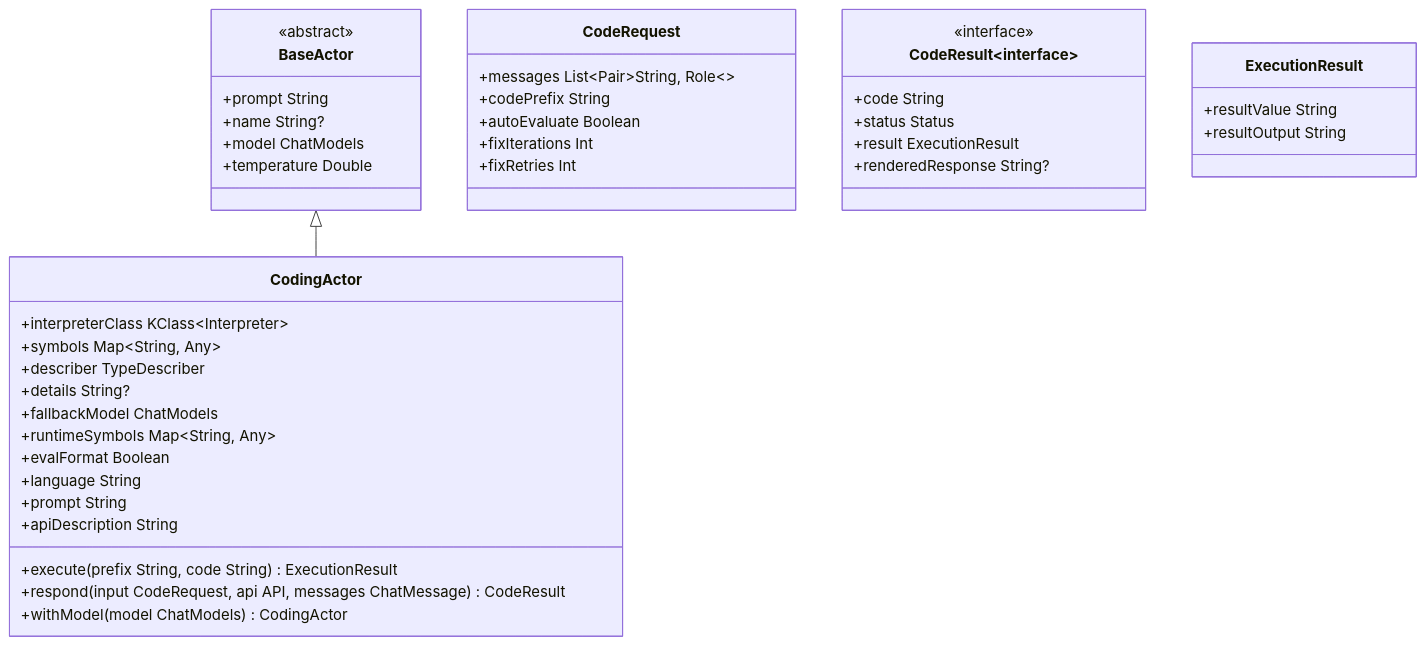
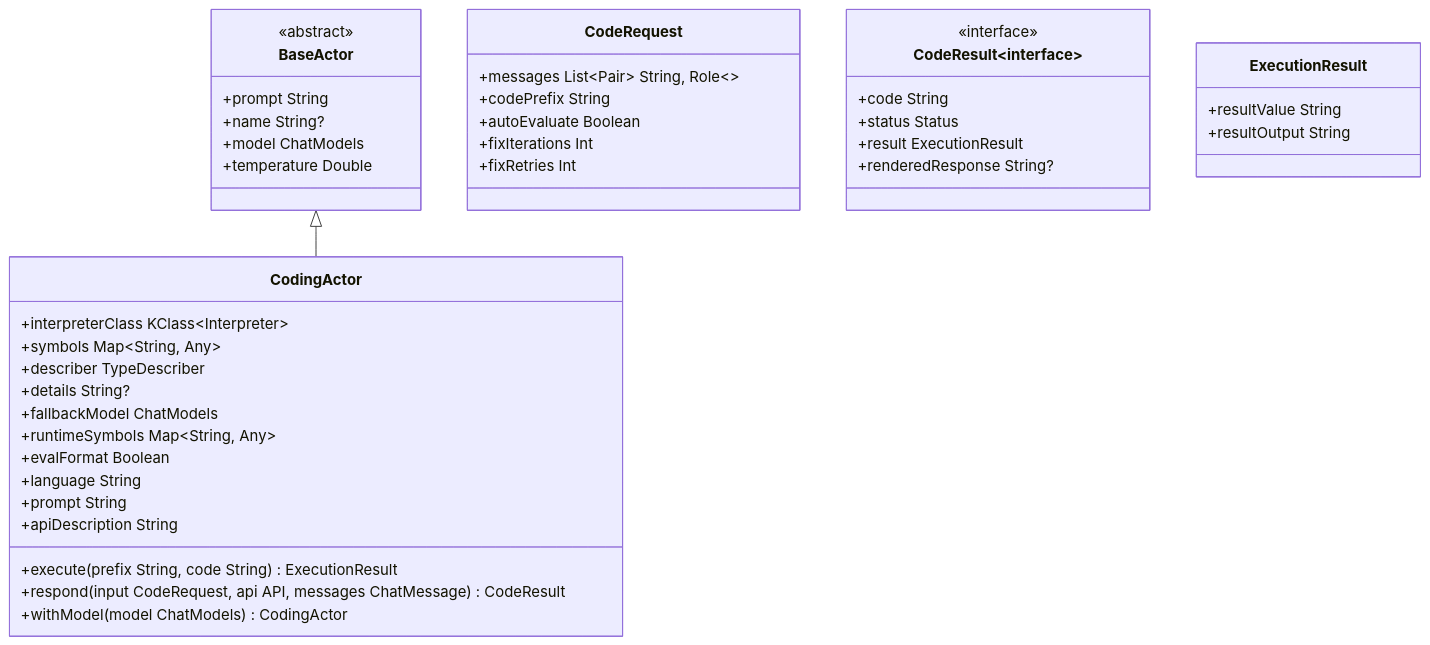
One commit to SimiaCryptus/SkyeNet changed the fourth of 48 diagrams in core/src/main/dev_documentation.md. Above: the diagram before and after it, drawn with Mermaid. The commit also changed other lines of this file and 149 other files, not shown here.

````diff
--- a/core/src/main/dev_documentation.md
+++ b/core/src/main/dev_documentation.md
@@ -295,42 +279,42 @@
 ```mermaid
 classDiagram
     BaseActor <|-- CodingActor
-    CodingActor : +interpreterClass KClass~Interpreter~
-    CodingActor : +symbols Map~String, Any~
-    CodingActor : +describer TypeDescriber
-    CodingActor : +details String?
-    CodingActor : +fallbackModel ChatModels
-    CodingActor : +runtimeSymbols Map~String, Any~
-    CodingActor : +evalFormat Boolean
-    CodingActor : +language String
-    CodingActor : +prompt String
-    CodingActor : +apiDescription String
-    CodingActor : +execute(prefix String, code String) ExecutionResult
-    CodingActor : +respond(input CodeRequest, api API, messages ChatMessage) CodeResult
-    CodingActor : +withModel(model ChatModels) CodingActor
-    class BaseActor{
-      <<abstract>>
-      +prompt String
-      +name String?
-      +model ChatModels
-      +temperature Double
+    CodingActor: +interpreterClass KClass~Interpreter~
+    CodingActor: +symbols Map~String, Any~
+    CodingActor: +describer TypeDescriber
+    CodingActor: +details String?
+    CodingActor: +fallbackModel ChatModels
+    CodingActor: +runtimeSymbols Map~String, Any~
+    CodingActor: +evalFormat Boolean
+    CodingActor: +language String
+    CodingActor: +prompt String
+    CodingActor: +apiDescription String
+    CodingActor: +execute(prefix String, code String) ExecutionResult
+    CodingActor: +respond(input CodeRequest, api API, messages ChatMessage) CodeResult
+    CodingActor: +withModel(model ChatModels) CodingActor
+    class BaseActor {
+        <<abstract>>
+        +prompt String
+        +name String?
+        +model ChatModels
+        +temperature Double
     }
-    class CodeRequest{
-      +messages List~Pair~String, Role~~
-      +codePrefix String
-      +autoEvaluate Boolean
-      +fixIterations Int
-      +fixRetries Int
+    class CodeRequest {
+        +messages List~Pair~ String, Role~~
+        +codePrefix String
+        +autoEvaluate Boolean
+        +fixIterations Int
+        +fixRetries Int
     }
-    class CodeResult~interface~{
-      <<interface>>
-      +code String
-      +status Status
-      +result ExecutionResult
-      +renderedResponse String?
+    class CodeResult~interface~ {
+        <<interface>>
+        +code String
+        +status Status
+        +result ExecutionResult
+        +renderedResponse String?
     }
-    class ExecutionResult{
-      +resultValue String
-      +resultOutput String
+    class ExecutionResult {
+        +resultValue String
+        +resultOutput String
     }
 ```
````
